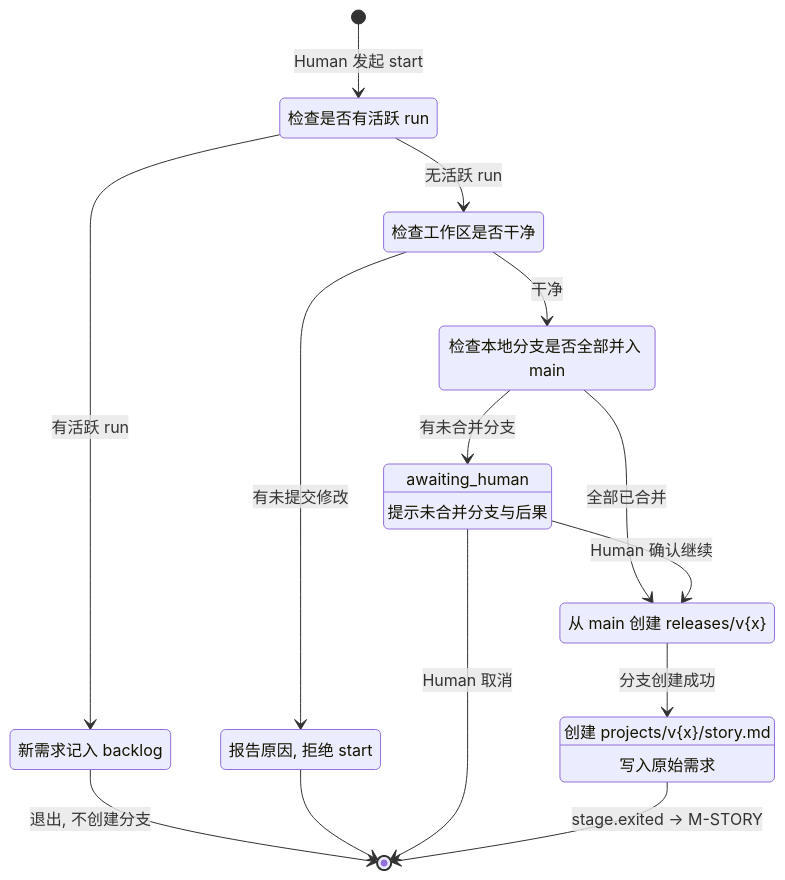
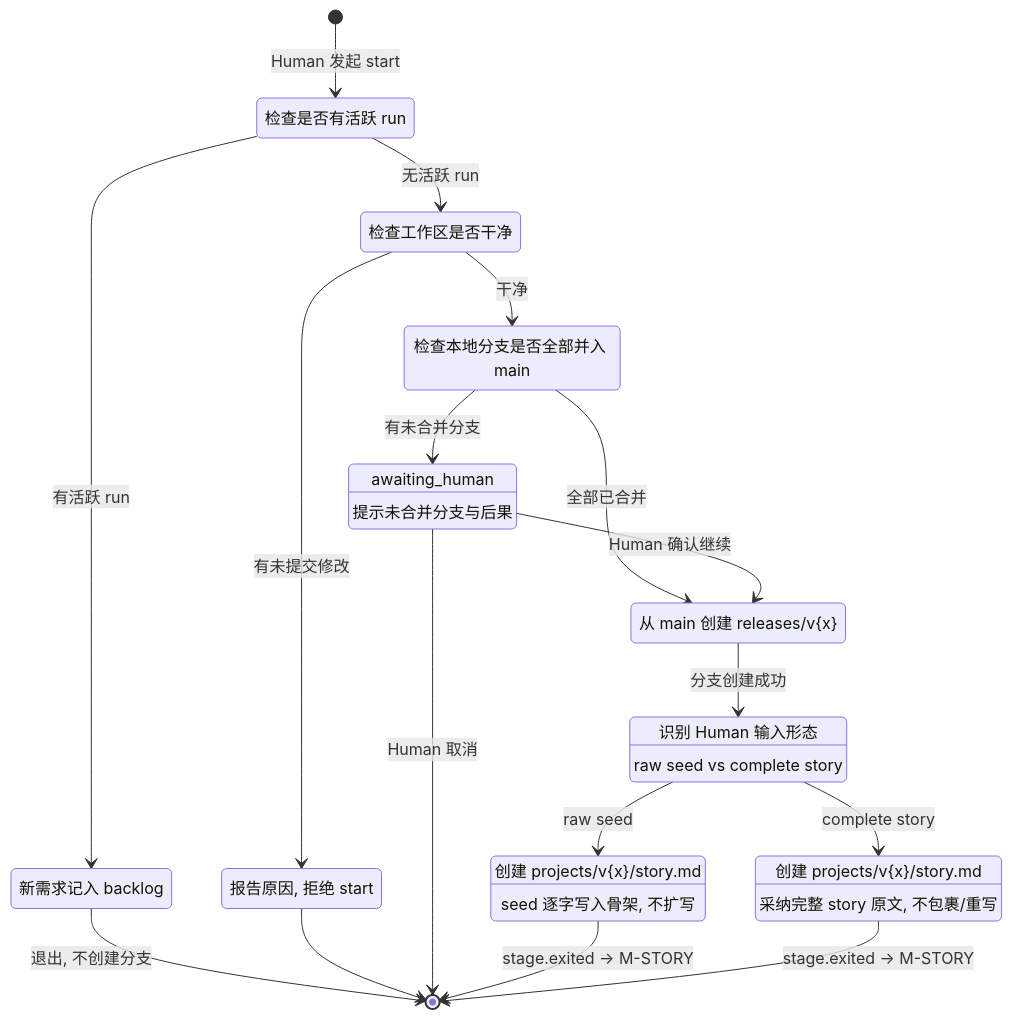
The first of 13 diagrams in .tracks/wiki/flow.md (quantclaws/agent-on-tracks), drawn with Mermaid before and after one commit. The commit also changed other lines of this file and 1 other file, not shown here.

Commit message:
docs(flow): support raw seed and complete story starts

````diff
--- a/.tracks/wiki/flow.md
+++ b/.tracks/wiki/flow.md
@@ -51,36 +51,45 @@
 ```mermaid
 stateDiagram-v2
     direction TB
 
     [*] --> CHECK_ACTIVE : Human 发起 start
 
     CHECK_ACTIVE : 检查是否有活跃 run
     CHECK_ACTIVE --> BACKLOG : 有活跃 run
     CHECK_ACTIVE --> CHECK_WORKSPACE : 无活跃 run
 
     BACKLOG : 新需求记入 backlog
     BACKLOG --> [*] : 退出, 不创建分支
 
     CHECK_WORKSPACE : 检查工作区是否干净
     CHECK_WORKSPACE --> FAILED : 有未提交修改
     CHECK_WORKSPACE --> CHECK_BRANCHES : 干净
 
     FAILED : 报告原因, 拒绝 start
     FAILED --> [*]
 
     CHECK_BRANCHES : 检查本地分支是否全部并入 main
     CHECK_BRANCHES --> AWAIT_CONFIRM : 有未合并分支
     CHECK_BRANCHES --> CREATE_BRANCH : 全部已合并
 
     AWAIT_CONFIRM : awaiting_human
     AWAIT_CONFIRM : 提示未合并分支与后果
     AWAIT_CONFIRM --> CREATE_BRANCH : Human 确认继续
     AWAIT_CONFIRM --> [*] : Human 取消
 
     CREATE_BRANCH : 从 main 创建 releases/v{x}
-    CREATE_BRANCH --> WRITE_STORY : 分支创建成功
+    CREATE_BRANCH --> CLASSIFY_INPUT : 分支创建成功
 
-    WRITE_STORY : 创建 projects/v{x}/story.md
-    WRITE_STORY : 写入原始需求
-    WRITE_STORY --> [*] : stage.exited -> M-STORY
+    CLASSIFY_INPUT : 识别 Human 输入形态
+    CLASSIFY_INPUT : raw seed vs complete story
+    CLASSIFY_INPUT --> WRITE_SEED : raw seed
+    CLASSIFY_INPUT --> ADOPT_STORY : complete story
+
+    WRITE_SEED : 创建 projects/v{x}/story.md
+    WRITE_SEED : seed 逐字写入骨架, 不扩写
+    WRITE_SEED --> [*] : stage.exited -> M-STORY
+
+    ADOPT_STORY : 创建 projects/v{x}/story.md
+    ADOPT_STORY : 采纳完整 story 原文, 不包裹/重写
+    ADOPT_STORY --> [*] : stage.exited -> M-STORY
 ```
````
